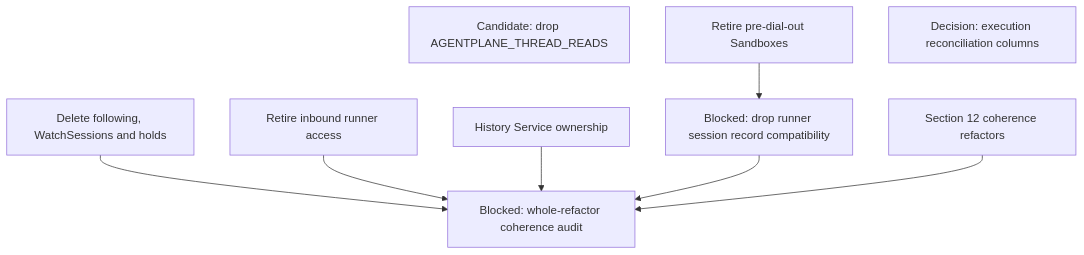
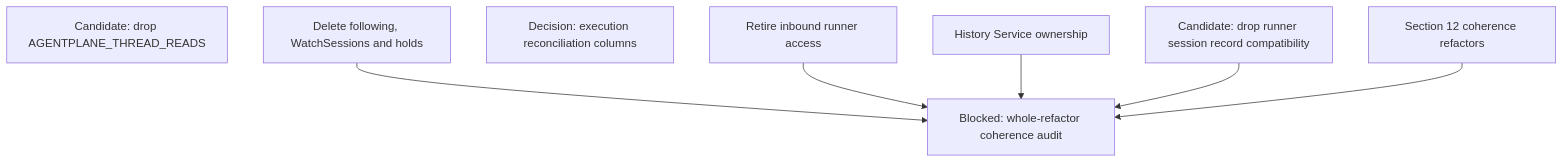
Diagram 11 of 13 in agentplane/plans/task_dag.md (agentydragon-agent/ducktape), drawn with Mermaid before and after one commit. The commit also changed other lines of this file and 22 other files, not shown here.

````diff
--- a/agentplane/plans/task_dag.md
+++ b/agentplane/plans/task_dag.md
@@ -802,14 +786,12 @@
 ```mermaid
 flowchart TD
     APP_THREAD_VIEW_CLEANUP[Candidate: drop AGENTPLANE_THREAD_READS]
-    RUNNER_SESSION_RECORD_SHIMS[Blocked: drop runner session record compatibility]
-    LEGACY_SANDBOX_RETIRE[Retire pre-dial-out Sandboxes]
-    LEGACY_SANDBOX_RETIRE --> RUNNER_SESSION_RECORD_SHIMS
+    RUNNER_SESSION_RECORD_SHIMS[Candidate: drop runner session record compatibility]
     ACTION_EXECUTION_AUDIT_TRIM[Decision: execution reconciliation columns]
     REFACTOR_COHERENCE_AUDIT[Blocked: whole-refactor coherence audit]
     FOLLOW_PATH_RETIRE[Delete following, WatchSessions and holds] --> REFACTOR_COHERENCE_AUDIT
     RUNNER_INBOUND_RETIRE[Retire inbound runner access] --> REFACTOR_COHERENCE_AUDIT
     HISTORY_SERVICE_OWNERSHIP[History Service ownership] --> REFACTOR_COHERENCE_AUDIT
     RUNNER_SESSION_RECORD_SHIMS --> REFACTOR_COHERENCE_AUDIT
     COHERENCE_REFACTORS[Section 12 coherence refactors] --> REFACTOR_COHERENCE_AUDIT
 ```
````
